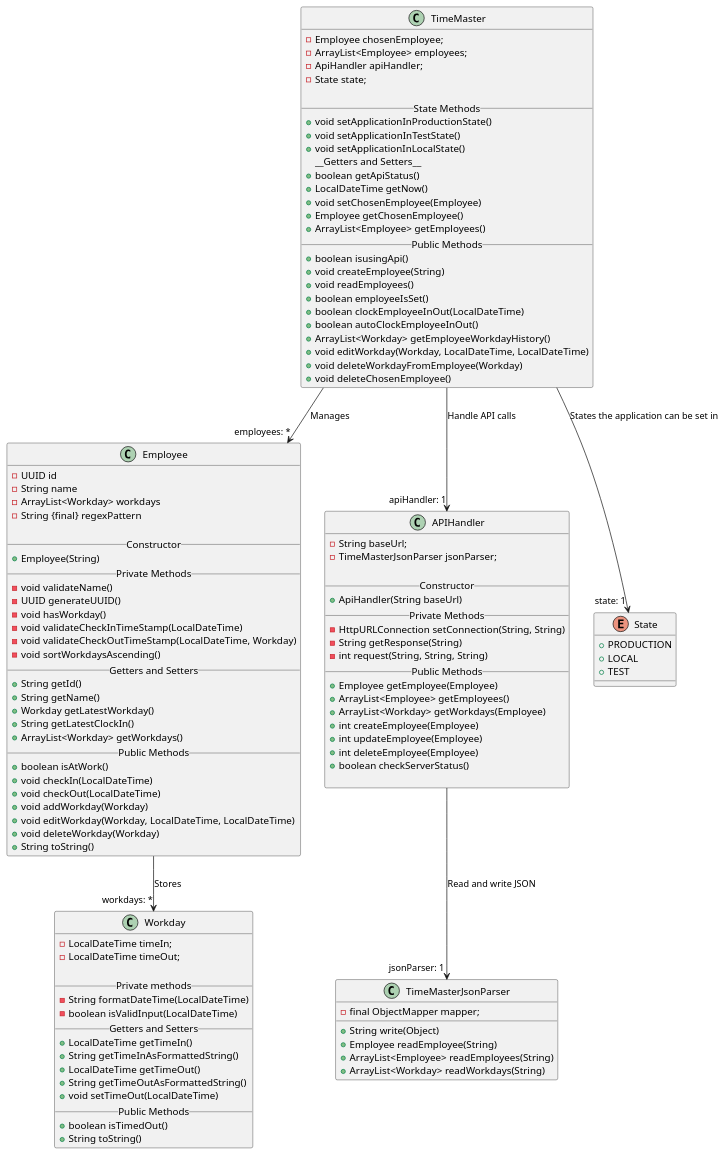
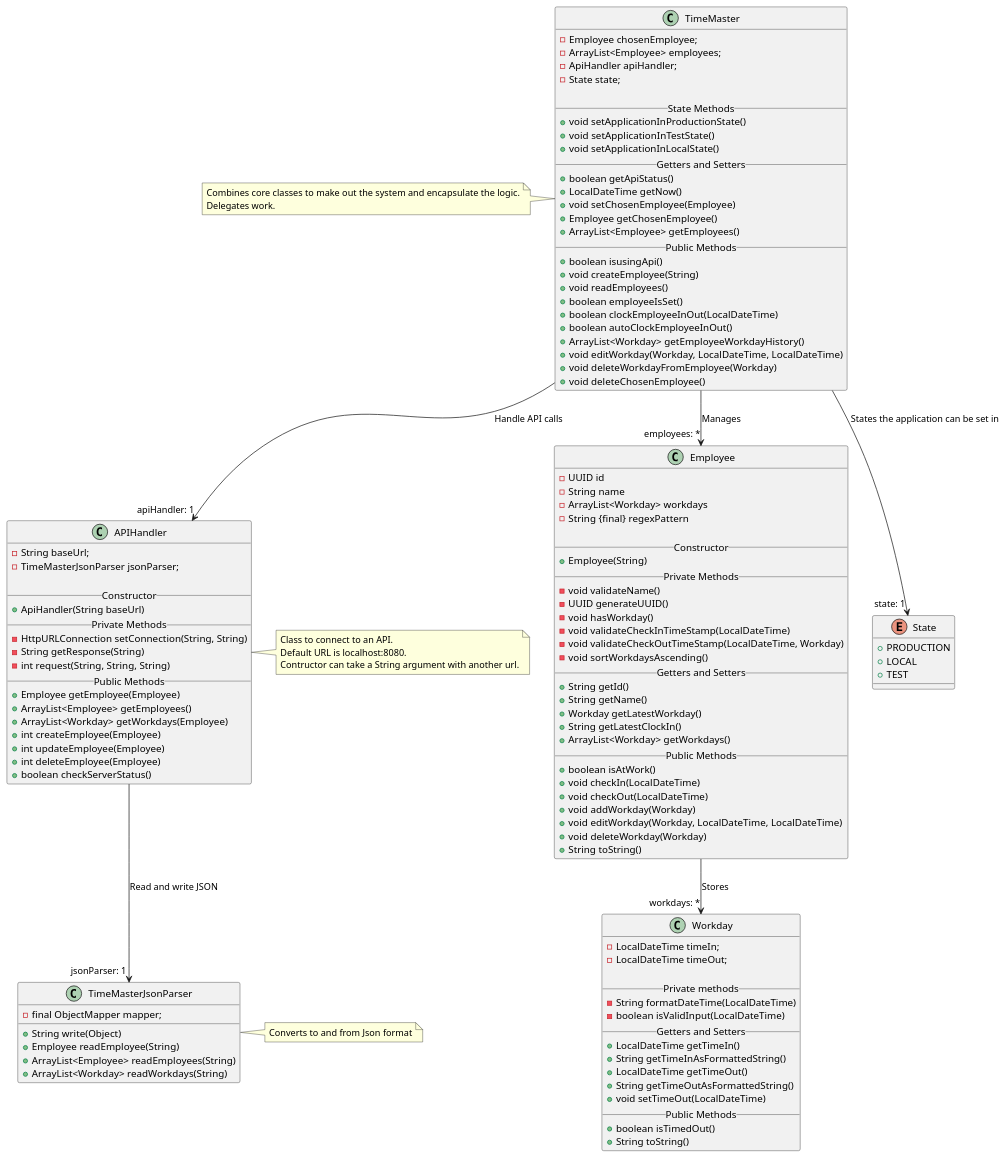
One commit to sleipner01/TimeMaster changed the diagram in docs/diagrams/classdiagram2.plantuml. Above: the diagram before and after it, drawn with PlantUML.

Commit message:
Added notes in class-diagram

```diff
--- a/docs/diagrams/classdiagram2.plantuml
+++ b/docs/diagrams/classdiagram2.plantuml
@@ -1,126 +1,129 @@
 @startuml Time Master
 
 class TimeMaster {
   - Employee chosenEmployee;
   - ArrayList<Employee> employees;
   - ApiHandler apiHandler;
   - State state;
 
   __State Methods__
   + void setApplicationInProductionState()
   + void setApplicationInTestState()
   + void setApplicationInLocalState()
-  __Getters and Setters__ 
+  __Getters and Setters__
   + boolean getApiStatus()
   + LocalDateTime getNow()
   + void setChosenEmployee(Employee)
   + Employee getChosenEmployee()
   + ArrayList<Employee> getEmployees()
   __Public Methods__
   + boolean isusingApi()
   + void createEmployee(String)
   + void readEmployees()
   + boolean employeeIsSet()
   + boolean clockEmployeeInOut(LocalDateTime) 
   + boolean autoClockEmployeeInOut() 
   + ArrayList<Workday> getEmployeeWorkdayHistory() 
   + void editWorkday(Workday, LocalDateTime, LocalDateTime)
   + void deleteWorkdayFromEmployee(Workday)
   + void deleteChosenEmployee()
 }
+note left: Combines core classes to make out the system and encapsulate the logic.\nDelegates work.
 
 class Employee{
   - UUID id
   - String name
   - ArrayList<Workday> workdays
   - String {final} regexPattern
 
   __Constructor__
   + Employee(String)
   __Private Methods__
   - void validateName()
   - UUID generateUUID()
   - void hasWorkday()
   - void validateCheckInTimeStamp(LocalDateTime)
   - void validateCheckOutTimeStamp(LocalDateTime, Workday)
   - void sortWorkdaysAscending()
   __Getters and Setters__
   + String getId()
   + String getName()
   + Workday getLatestWorkday()
   + String getLatestClockIn()
   + ArrayList<Workday> getWorkdays()
   __Public Methods__
   + boolean isAtWork()
   + void checkIn(LocalDateTime)
   + void checkOut(LocalDateTime)
   + void addWorkday(Workday)
   + void editWorkday(Workday, LocalDateTime, LocalDateTime)
   + void deleteWorkday(Workday)
   + String toString()
 }
 
 class Workday{
   - LocalDateTime timeIn;
   - LocalDateTime timeOut;
 
   __Private methods__
   - String formatDateTime(LocalDateTime)
   - boolean isValidInput(LocalDateTime)
   __Getters and Setters__
   + LocalDateTime getTimeIn()
   + String getTimeInAsFormattedString() 
   + LocalDateTime getTimeOut()
   + String getTimeOutAsFormattedString()
   + void setTimeOut(LocalDateTime)
   __Public Methods__
   + boolean isTimedOut()
   + String toString()
 }
 
 
 class APIHandler{
   - String baseUrl;
   - TimeMasterJsonParser jsonParser;
 
   __Constructor__
   + ApiHandler(String baseUrl) 
   __Private Methods__
   - HttpURLConnection setConnection(String, String)
   - String getResponse(String)
   - int request(String, String, String)
   __Public Methods__
   + Employee getEmployee(Employee)
   + ArrayList<Employee> getEmployees()
   + ArrayList<Workday> getWorkdays(Employee)
   + int createEmployee(Employee)
   + int updateEmployee(Employee)
   + int deleteEmployee(Employee)
   + boolean checkServerStatus()
+}
+note right: Class to connect to an API.\nDefault URL is localhost:8080.\nContructor can take a String argument with another url.
 
-}
 
 class TimeMasterJsonParser{
   - final ObjectMapper mapper;
 
   + String write(Object)
   + Employee readEmployee(String)
   + ArrayList<Employee> readEmployees(String) 
   + ArrayList<Workday> readWorkdays(String) 
 }
+note right: Converts to and from Json format
 
 enum State {
   + PRODUCTION
   + LOCAL
   + TEST
-}
+} 
 
 
 TimeMaster --> "employees: *" Employee : Manages
 TimeMaster --> "state: 1" State : States the application can be set in
 Employee --> "workdays: *" Workday : Stores
 TimeMaster --> "apiHandler: 1" APIHandler : Handle API calls
 APIHandler --> "jsonParser: 1" TimeMasterJsonParser : Read and write JSON
 
 
 @enduml
```
